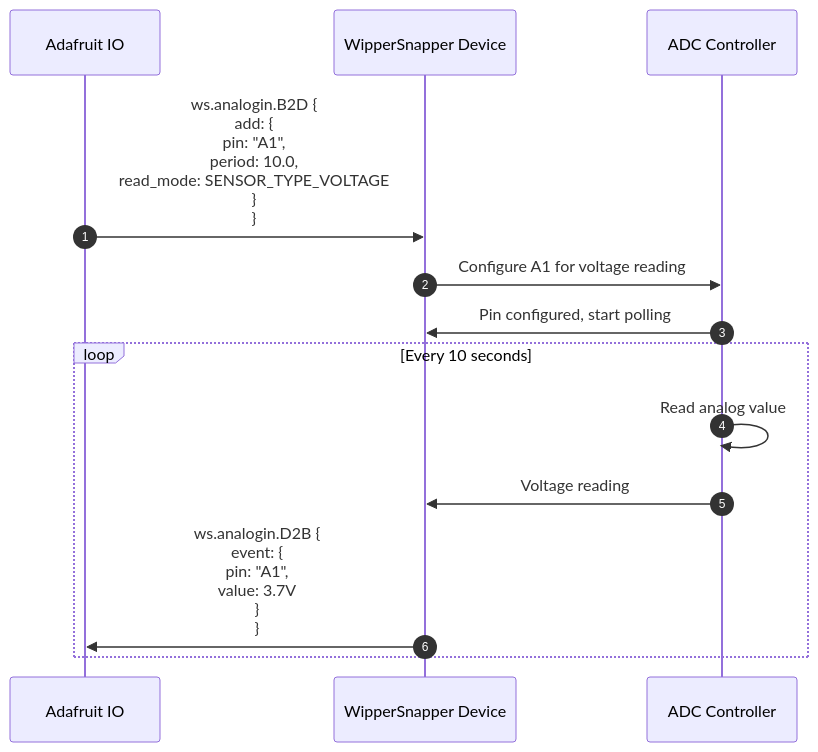
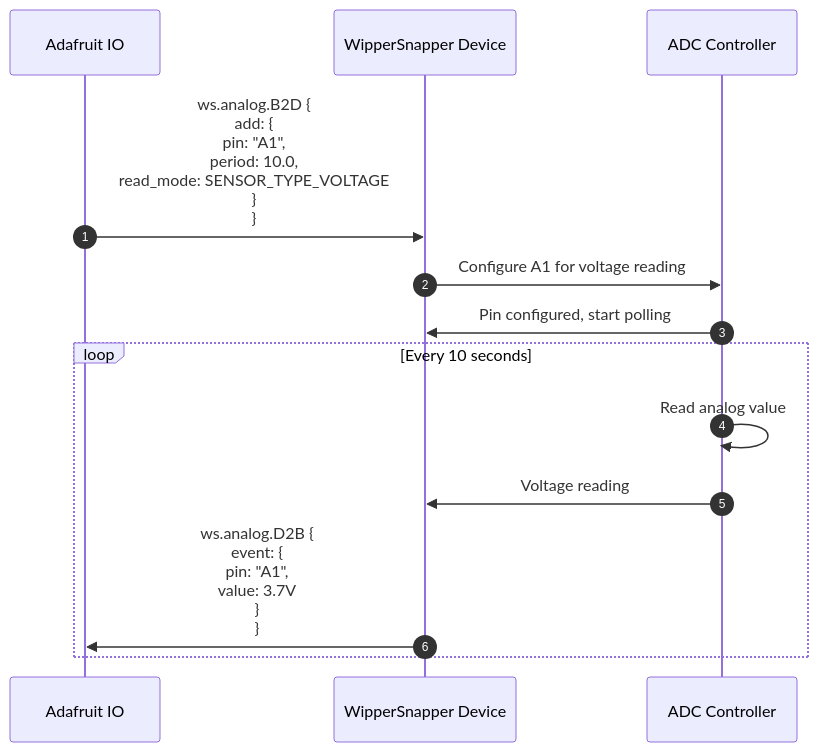
The fourth of 13 diagrams in proto/wippersnapper/docs/wippersnapper_device_overview.md (adafruit/Wippersnapper_Protobuf), drawn with Mermaid before and after one commit. The commit also changed other lines of this file and 14 other files, not shown here.

Commit message:
rename analogin -> analog, digitalio -> digital

````diff
--- a/proto/wippersnapper/docs/wippersnapper_device_overview.md
+++ b/proto/wippersnapper/docs/wippersnapper_device_overview.md
@@ -313,18 +313,18 @@
 ```mermaid
 sequenceDiagram
 autonumber
 participant IO as Adafruit IO
 participant Device as WipperSnapper Device
 participant ADC as ADC Controller
 
-IO->>Device: ws.analogin.B2D {<br/>  add: {<br/>    pin: "A1",<br/>    period: 10.0,<br/>    read_mode: SENSOR_TYPE_VOLTAGE<br/>  }<br/>}
+IO->>Device: ws.analog.B2D {<br/>  add: {<br/>    pin: "A1",<br/>    period: 10.0,<br/>    read_mode: SENSOR_TYPE_VOLTAGE<br/>  }<br/>}
 
 Device->>ADC: Configure A1 for voltage reading
 ADC->>Device: Pin configured, start polling
 
 loop Every 10 seconds
     ADC->>ADC: Read analog value
     ADC->>Device: Voltage reading
-    Device->>IO: ws.analogin.D2B {<br/>  event: {<br/>    pin: "A1",<br/>    value: 3.7V<br/>  }<br/>}
+    Device->>IO: ws.analog.D2B {<br/>  event: {<br/>    pin: "A1",<br/>    value: 3.7V<br/>  }<br/>}
 end
 ```
````
